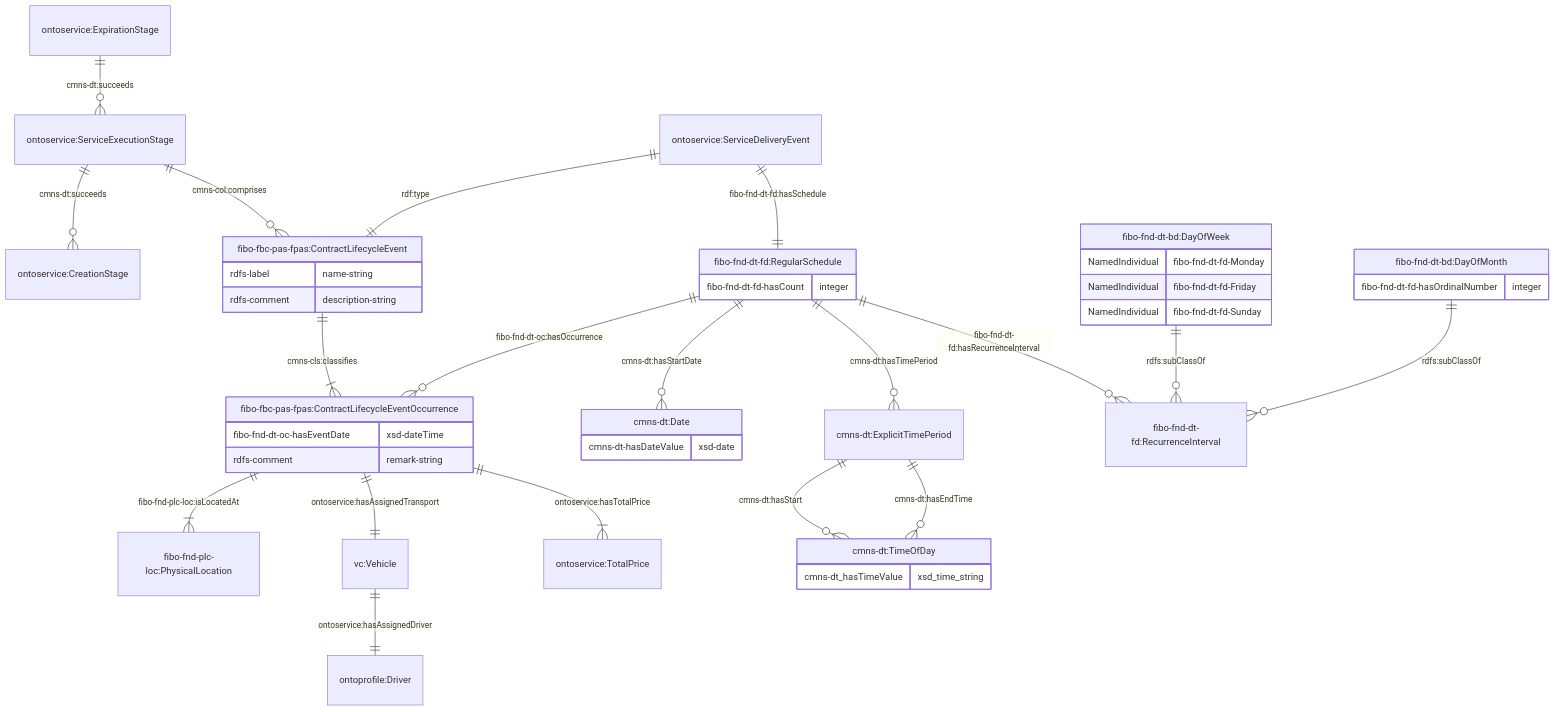
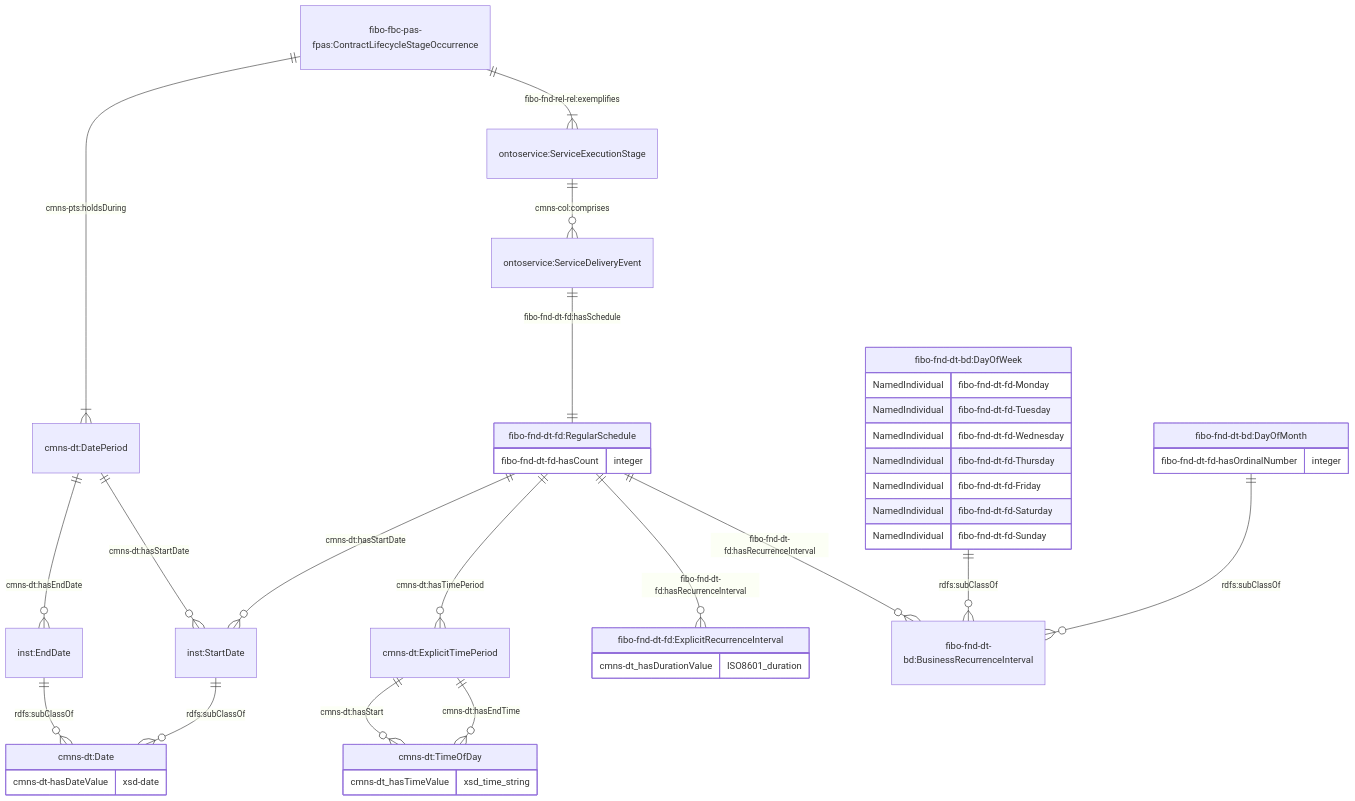
One commit to cambridge-cares/TheWorldAvatar changed the eighth of 9 diagrams in JPS_Ontology/ontology/ontoservice/README.md. Above: the diagram before and after it, drawn with Mermaid. The commit also changed other lines of this file and 1 other file, not shown here.

Commit message:
dev-ontowastemanagement: Update schedule representation

````diff
--- a/JPS_Ontology/ontology/ontoservice/README.md
+++ b/JPS_Ontology/ontology/ontoservice/README.md
@@ -262,48 +294,49 @@
 ```mermaid
     erDiagram
-    "ontoservice:ServiceExecutionStage" ||--o{ "ontoservice:CreationStage" : "cmns-dt:succeeds"
-    "ontoservice:ExpirationStage" ||--o{ "ontoservice:ServiceExecutionStage" : "cmns-dt:succeeds"
-    "ontoservice:ServiceExecutionStage" ||--o{ "fibo-fbc-pas-fpas:ContractLifecycleEvent" : "cmns-col:comprises"
-    "fibo-fbc-pas-fpas:ContractLifecycleEvent" {
-        rdfs-label name-string
-        rdfs-comment description-string
+    "fibo-fbc-pas-fpas:ContractLifecycleStageOccurrence" ||--|{ "ontoservice:ServiceExecutionStage" : "fibo-fnd-rel-rel:exemplifies"
+    "fibo-fbc-pas-fpas:ContractLifecycleStageOccurrence" ||--|{ "cmns-dt:DatePeriod" : "cmns-pts:holdsDuring"
+    "cmns-dt:DatePeriod" ||--o{ "inst:EndDate" : "cmns-dt:hasEndDate"
+    "cmns-dt:DatePeriod" ||--o{ "inst:StartDate" : "cmns-dt:hasStartDate"
+    "inst:EndDate" ||--o{ "cmns-dt:Date" : "rdfs:subClassOf"
+    "inst:StartDate" ||--o{ "cmns-dt:Date" : "rdfs:subClassOf"
+
+    "cmns-dt:Date" {
+        cmns-dt-hasDateValue xsd-date
     }
-    "ontoservice:ServiceDeliveryEvent" ||--|| "fibo-fbc-pas-fpas:ContractLifecycleEvent" : "rdf:type"
+
+    "ontoservice:ServiceExecutionStage" ||--o{ "ontoservice:ServiceDeliveryEvent" : "cmns-col:comprises"
     "ontoservice:ServiceDeliveryEvent" ||--|| "fibo-fnd-dt-fd:RegularSchedule" : "fibo-fnd-dt-fd:hasSchedule"
-    "fibo-fnd-dt-fd:RegularSchedule" ||--o{ "fibo-fbc-pas-fpas:ContractLifecycleEventOccurrence" : "fibo-fnd-dt-oc:hasOccurrence"
+
     "fibo-fnd-dt-fd:RegularSchedule" {
         fibo-fnd-dt-fd-hasCount integer
     }
 
-    "fibo-fnd-dt-fd:RegularSchedule" ||--o{ "cmns-dt:Date" : "cmns-dt:hasStartDate"
-    "cmns-dt:Date" {
-        cmns-dt-hasDateValue xsd-date
-    }
+    "fibo-fnd-dt-fd:RegularSchedule" ||--o{ "inst:StartDate" : "cmns-dt:hasStartDate"
     "fibo-fnd-dt-fd:RegularSchedule" ||--o{ "cmns-dt:ExplicitTimePeriod" : "cmns-dt:hasTimePeriod"
     "cmns-dt:ExplicitTimePeriod" ||--o{ "cmns-dt:TimeOfDay" : "cmns-dt:hasStart"
     "cmns-dt:ExplicitTimePeriod" ||--o{ "cmns-dt:TimeOfDay" : "cmns-dt:hasEndTime"
     "cmns-dt:TimeOfDay" {
         cmns-dt_hasTimeValue xsd_time_string
     }
-    "fibo-fnd-dt-fd:RegularSchedule" ||--o{ "fibo-fnd-dt-fd:RecurrenceInterval" : "fibo-fnd-dt-fd:hasRecurrenceInterval"
-    "fibo-fnd-dt-bd:DayOfWeek" ||--o{ "fibo-fnd-dt-fd:RecurrenceInterval" : "rdfs:subClassOf"
+    "fibo-fnd-dt-fd:RegularSchedule" ||--o{ "fibo-fnd-dt-fd:ExplicitRecurrenceInterval" : "fibo-fnd-dt-fd:hasRecurrenceInterval"
+    "fibo-fnd-dt-fd:ExplicitRecurrenceInterval"{
+        cmns-dt_hasDurationValue ISO8601_duration
+    }
+
+    "fibo-fnd-dt-fd:RegularSchedule" ||--o{ "fibo-fnd-dt-bd:BusinessRecurrenceInterval" : "fibo-fnd-dt-fd:hasRecurrenceInterval"
+
+    "fibo-fnd-dt-bd:DayOfWeek" ||--o{ "fibo-fnd-dt-bd:BusinessRecurrenceInterval" : "rdfs:subClassOf"
     "fibo-fnd-dt-bd:DayOfWeek" {
         NamedIndividual fibo-fnd-dt-fd-Monday
+        NamedIndividual fibo-fnd-dt-fd-Tuesday
+        NamedIndividual fibo-fnd-dt-fd-Wednesday
+        NamedIndividual fibo-fnd-dt-fd-Thursday
         NamedIndividual fibo-fnd-dt-fd-Friday
+        NamedIndividual fibo-fnd-dt-fd-Saturday
         NamedIndividual fibo-fnd-dt-fd-Sunday
     }
-    "fibo-fnd-dt-bd:DayOfMonth" ||--o{ "fibo-fnd-dt-fd:RecurrenceInterval" : "rdfs:subClassOf"
+    "fibo-fnd-dt-bd:DayOfMonth" ||--o{ "fibo-fnd-dt-bd:BusinessRecurrenceInterval" : "rdfs:subClassOf"
     "fibo-fnd-dt-bd:DayOfMonth" {
         fibo-fnd-dt-fd-hasOrdinalNumber integer
     }
-
-    "fibo-fbc-pas-fpas:ContractLifecycleEvent" ||--|{ "fibo-fbc-pas-fpas:ContractLifecycleEventOccurrence" : "cmns-cls:classifies"
-    "fibo-fbc-pas-fpas:ContractLifecycleEventOccurrence" ||--|{ "fibo-fnd-plc-loc:PhysicalLocation" : "fibo-fnd-plc-loc:isLocatedAt"
-    "fibo-fbc-pas-fpas:ContractLifecycleEventOccurrence" ||--|| "vc:Vehicle" : "ontoservice:hasAssignedTransport"
-    "vc:Vehicle" ||--|| "ontoprofile:Driver" : "ontoservice:hasAssignedDriver"
-    "fibo-fbc-pas-fpas:ContractLifecycleEventOccurrence" ||--|{ "ontoservice:TotalPrice" : "ontoservice:hasTotalPrice"
-    "fibo-fbc-pas-fpas:ContractLifecycleEventOccurrence" {
-        fibo-fnd-dt-oc-hasEventDate xsd-dateTime
-        rdfs-comment remark-string
-    }
 ```
````
